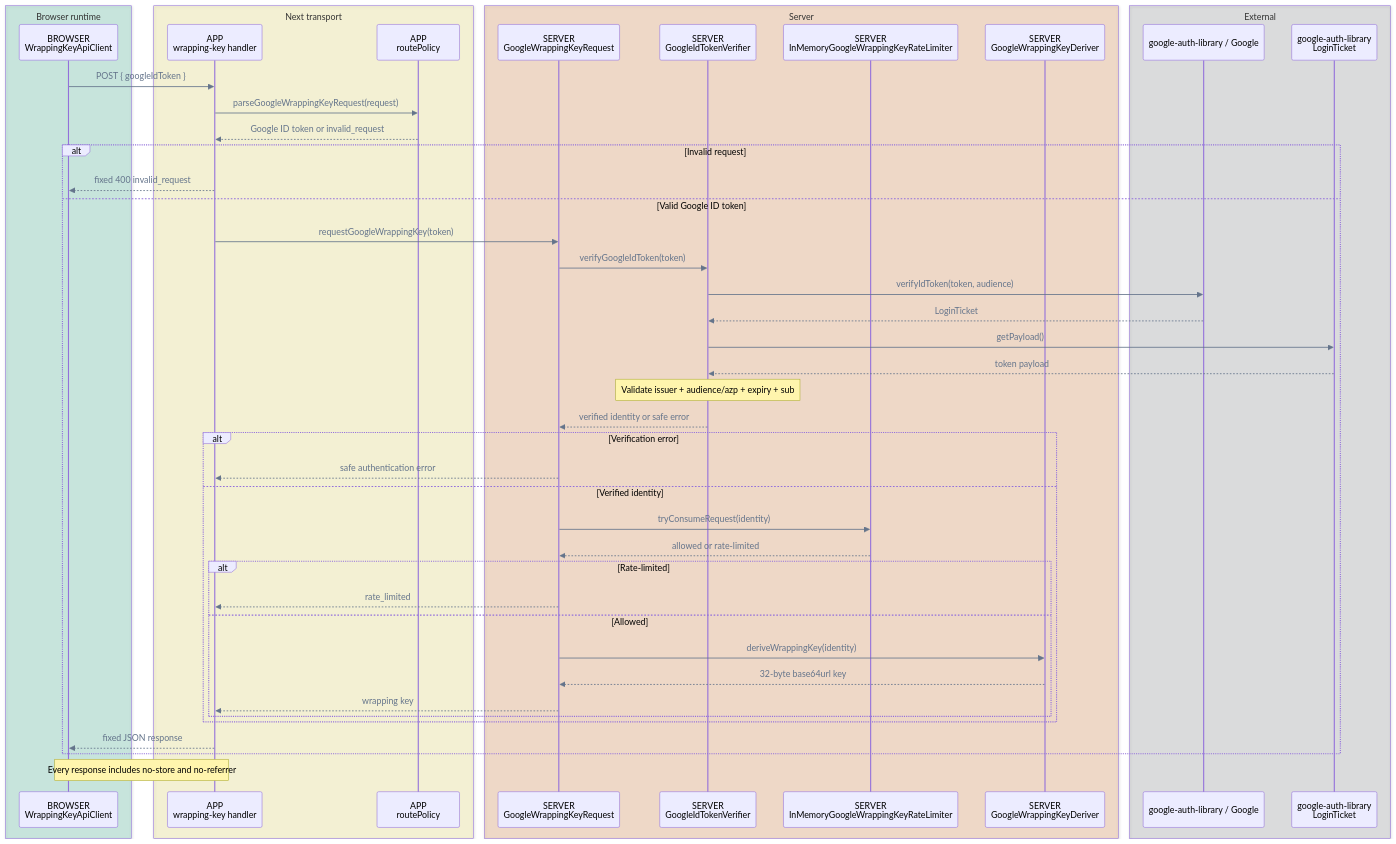
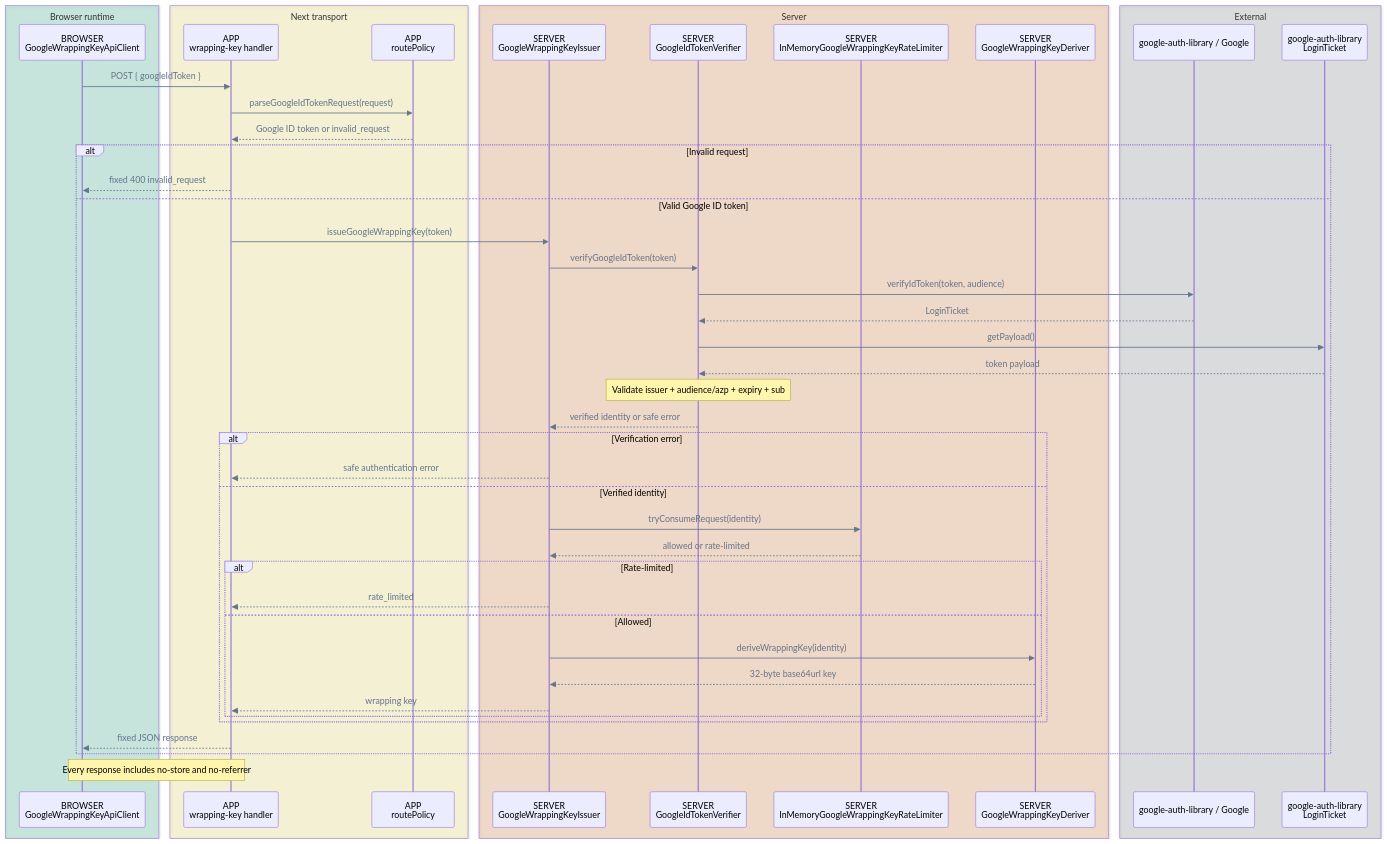
One commit to pubky/pubky-passport changed diagram 13 of 14 in FLOWS.md. Above: the diagram before and after it, drawn with Mermaid. The commit also changed other lines of this file and 85 other files, not shown here.

````diff
--- a/FLOWS.md
+++ b/FLOWS.md
@@ -666,54 +666,54 @@
 ```mermaid
 %%{init: {"themeVariables": {"signalColor": "#64748B", "signalTextColor": "#64748B"}}}%%
 sequenceDiagram
     accTitle: Google wrapping-key API call flow
     accDescr: The route validates its request, verifies provider-account claims, applies a keyed identity rate limit, and derives a wrapping key with HKDF.
     box rgba(0, 158, 115, 0.18) Browser runtime
-        participant Browser as BROWSER<br/>WrappingKeyApiClient
+        participant Browser as BROWSER<br/>GoogleWrappingKeyApiClient
     end
     box rgba(240, 228, 66, 0.18) Next transport
         participant Handler as APP<br/>wrapping-key handler
         participant Policy as APP<br/>routePolicy
     end
     box rgba(213, 94, 0, 0.18) Server
-        participant Request as SERVER<br/>GoogleWrappingKeyRequest
+        participant Issuer as SERVER<br/>GoogleWrappingKeyIssuer
         participant Verifier as SERVER<br/>GoogleIdTokenVerifier
         participant Limiter as SERVER<br/>InMemoryGoogleWrappingKeyRateLimiter
         participant Deriver as SERVER<br/>GoogleWrappingKeyDeriver
     end
     box rgba(17, 24, 39, 0.12) External
         participant Google as google-auth-library / Google
         participant Ticket as google-auth-library<br/>LoginTicket
     end
 
     Browser->>Handler: POST { googleIdToken }
-    Handler->>Policy: parseGoogleWrappingKeyRequest(request)
+    Handler->>Policy: parseGoogleIdTokenRequest(request)
     Policy-->>Handler: Google ID token or invalid_request
     alt Invalid request
         Handler-->>Browser: fixed 400 invalid_request
     else Valid Google ID token
-        Handler->>Request: requestGoogleWrappingKey(token)
-        Request->>Verifier: verifyGoogleIdToken(token)
+        Handler->>Issuer: issueGoogleWrappingKey(token)
+        Issuer->>Verifier: verifyGoogleIdToken(token)
         Verifier->>Google: verifyIdToken(token, audience)
         Google-->>Verifier: LoginTicket
         Verifier->>Ticket: getPayload()
         Ticket-->>Verifier: token payload
         Note over Verifier: Validate issuer + audience/azp + expiry + sub
-        Verifier-->>Request: verified identity or safe error
+        Verifier-->>Issuer: verified identity or safe error
         alt Verification error
-            Request-->>Handler: safe authentication error
+            Issuer-->>Handler: safe authentication error
         else Verified identity
-            Request->>Limiter: tryConsumeRequest(identity)
-            Limiter-->>Request: allowed or rate-limited
+            Issuer->>Limiter: tryConsumeRequest(identity)
+            Limiter-->>Issuer: allowed or rate-limited
             alt Rate-limited
-                Request-->>Handler: rate_limited
+                Issuer-->>Handler: rate_limited
             else Allowed
-                Request->>Deriver: deriveWrappingKey(identity)
-                Deriver-->>Request: 32-byte base64url key
-                Request-->>Handler: wrapping key
+                Issuer->>Deriver: deriveWrappingKey(identity)
+                Deriver-->>Issuer: 32-byte base64url key
+                Issuer-->>Handler: wrapping key
             end
         end
         Handler-->>Browser: fixed JSON response
     end
     Note over Handler,Browser: Every response includes no-store and no-referrer
 ```
````
